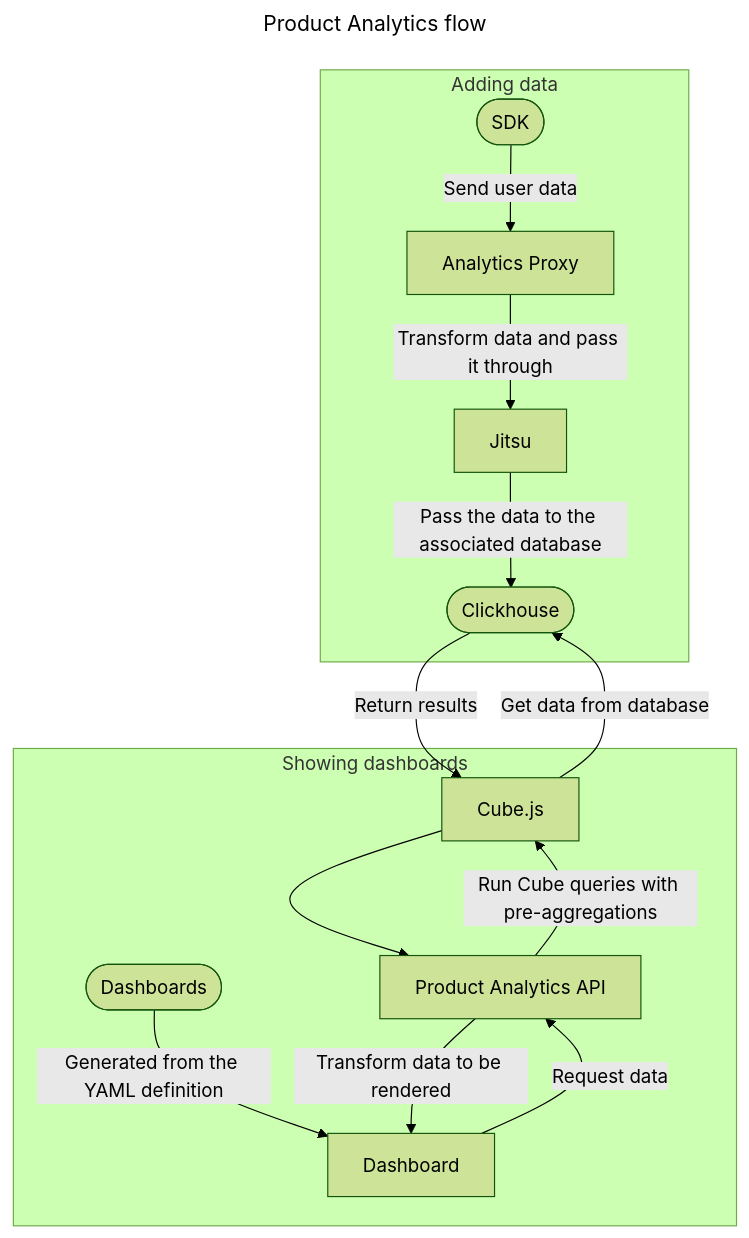
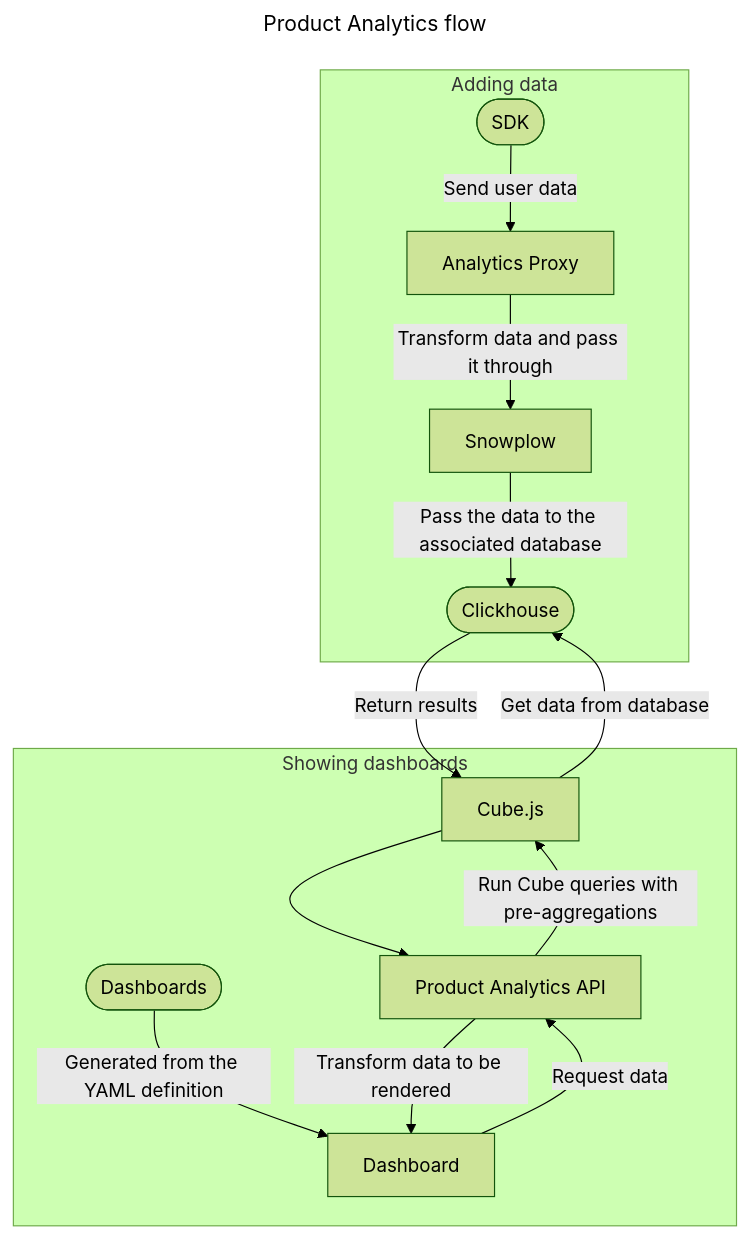
One commit to diffblue/gitlab changed the diagram in doc/user/product_analytics/index.md. Above: the diagram before and after it, drawn with Mermaid (forest theme).

Commit message:
Update product analytics architecture diagram

````diff
--- a/doc/user/product_analytics/index.md
+++ b/doc/user/product_analytics/index.md
@@ -32,20 +32,20 @@
 ```mermaid
 ---
 title: Product Analytics flow
 ---
 flowchart TB
     subgraph Adding data
         A([SDK]) --Send user data--> B[Analytics Proxy]
-        B --Transform data and pass it through--> C[Jitsu]
+        B --Transform data and pass it through--> C[Snowplow]
         C --Pass the data to the associated database--> D([Clickhouse])
     end
     subgraph Showing dashboards
         E([Dashboards]) --Generated from the YAML definition--> F[Dashboard]
         F --Request data--> G[Product Analytics API]
         G --Run Cube queries with pre-aggregations--> H[Cube.js]
         H --Get data from database--> D
         D --Return results--> H
         H --> G
         G --Transform data to be rendered--> F
     end
 ```
````
